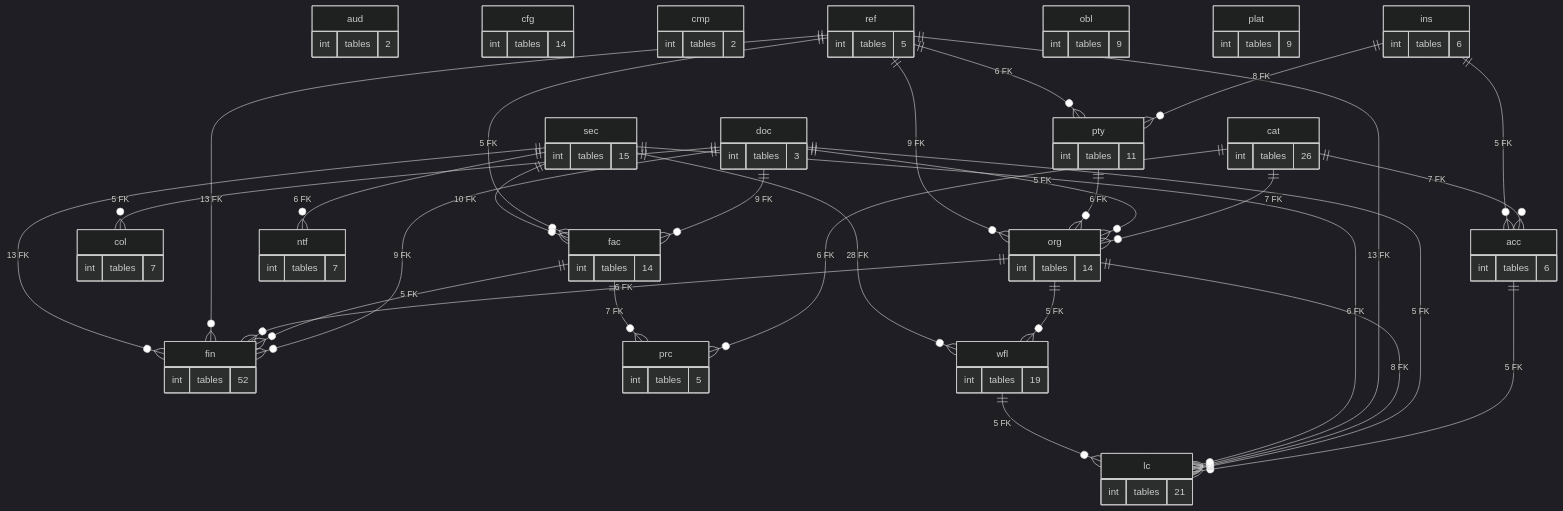
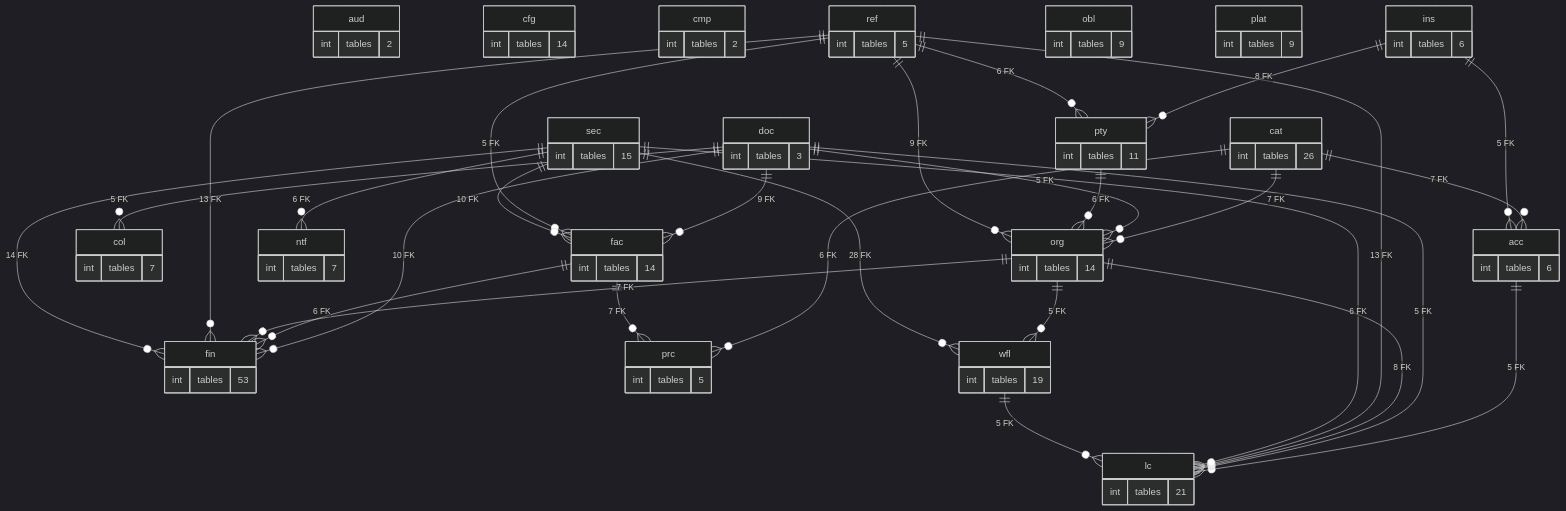
Before and after one commit to thawrasy/smartlines: the diagram in treasury-platform/docs/diagrams/erd/schema_map.mmd, drawn with Mermaid (dark theme). The commit also changed 142 other files, not shown here.

```diff
--- a/treasury-platform/docs/diagrams/erd/schema_map.mmd
+++ b/treasury-platform/docs/diagrams/erd/schema_map.mmd
@@ -1,90 +1,90 @@
 %% خريطة المخططات: العلاقة = عدد المفاتيح الأجنبية بين المخططين (≥ 5)
 erDiagram
   acc {
     int tables "6"
   }
   aud {
     int tables "2"
   }
   cat {
     int tables "26"
   }
   cfg {
     int tables "14"
   }
   cmp {
     int tables "2"
   }
   col {
     int tables "7"
   }
   doc {
     int tables "3"
   }
   fac {
     int tables "14"
   }
   fin {
-    int tables "52"
+    int tables "53"
   }
   ins {
     int tables "6"
   }
   lc {
     int tables "21"
   }
   ntf {
     int tables "7"
   }
   obl {
     int tables "9"
   }
   org {
     int tables "14"
   }
   plat {
     int tables "9"
   }
   prc {
     int tables "5"
   }
   pty {
     int tables "11"
   }
   ref {
     int tables "5"
   }
   sec {
     int tables "15"
   }
   wfl {
     int tables "19"
   }
   acc ||--o{ lc : "5 FK"
   cat ||--o{ acc : "7 FK"
   cat ||--o{ org : "7 FK"
   cat ||--o{ prc : "6 FK"
   doc ||--o{ col : "5 FK"
   doc ||--o{ fac : "9 FK"
-  doc ||--o{ fin : "9 FK"
+  doc ||--o{ fin : "10 FK"
   doc ||--o{ lc : "5 FK"
   doc ||--o{ org : "5 FK"
-  fac ||--o{ fin : "5 FK"
+  fac ||--o{ fin : "6 FK"
   fac ||--o{ prc : "7 FK"
   ins ||--o{ acc : "5 FK"
   ins ||--o{ pty : "8 FK"
-  org ||--o{ fin : "6 FK"
+  org ||--o{ fin : "7 FK"
   org ||--o{ lc : "8 FK"
   org ||--o{ wfl : "5 FK"
   pty ||--o{ org : "6 FK"
   ref ||--o{ fac : "5 FK"
   ref ||--o{ fin : "13 FK"
   ref ||--o{ lc : "13 FK"
   ref ||--o{ org : "9 FK"
   ref ||--o{ pty : "6 FK"
   sec ||--o{ fac : "10 FK"
-  sec ||--o{ fin : "13 FK"
+  sec ||--o{ fin : "14 FK"
   sec ||--o{ lc : "6 FK"
   sec ||--o{ ntf : "6 FK"
   sec ||--o{ wfl : "28 FK"
   wfl ||--o{ lc : "5 FK"
```
